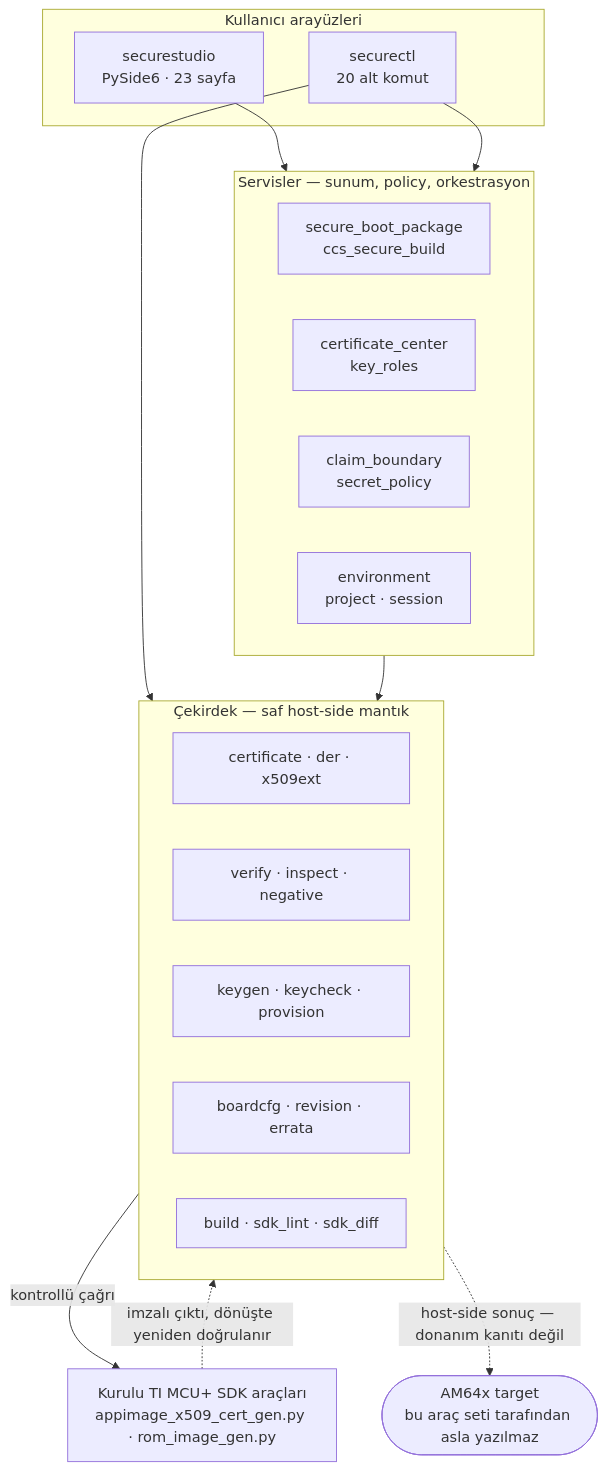
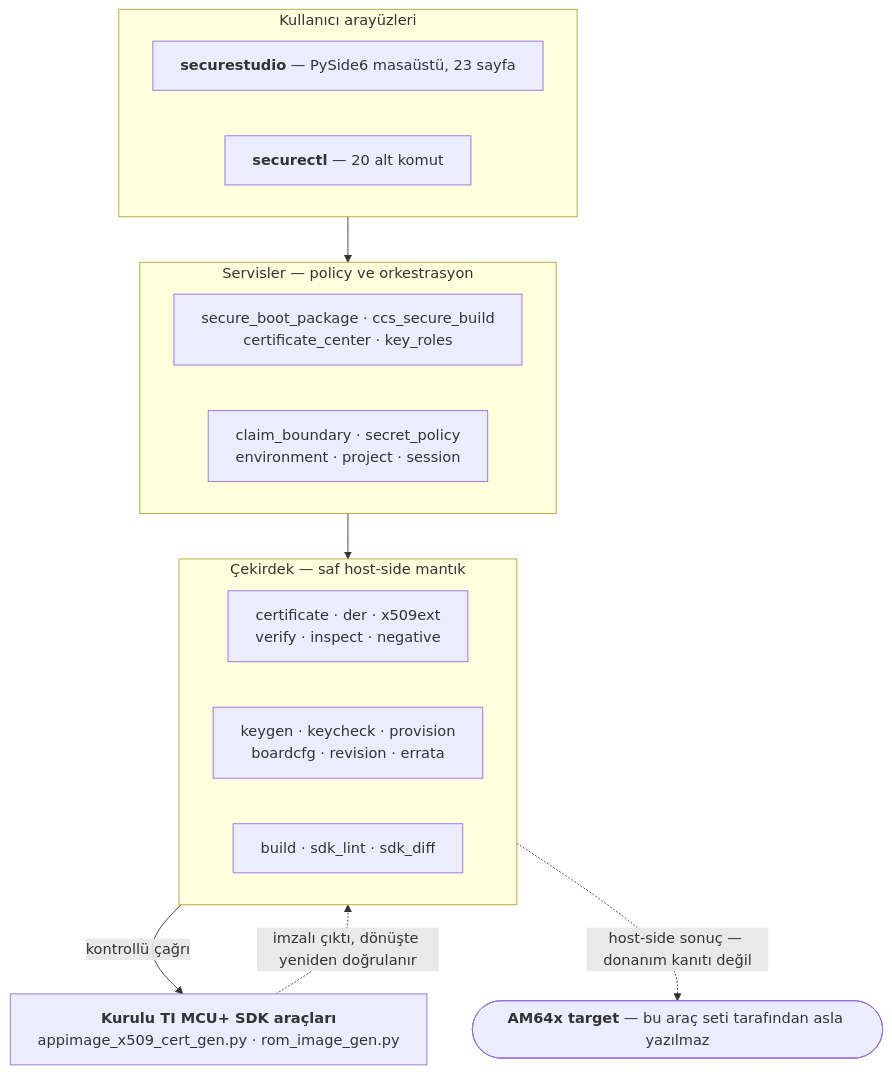
The diagram in README.tr.md (celilaslan/am64x-secure-boot-studio), drawn with Mermaid before and after one commit. The commit also changed other lines of this file and 3 other files, not shown here.

````diff
--- a/README.tr.md
+++ b/README.tr.md
@@ -209,33 +210,28 @@
 ```mermaid
+%%{init: {"flowchart": {"wrappingWidth": 420, "curve": "basis"}}}%%
 flowchart TD
     subgraph UI["Kullanıcı arayüzleri"]
-        GUI["securestudio<br/>PySide6 · 23 sayfa"]
-        CLI["securectl<br/>20 alt komut"]
+        GUI["<b>securestudio</b> — PySide6 masaüstü, 23 sayfa"]
+        CLI["<b>securectl</b> — 20 alt komut"]
     end
 
-    subgraph SVC["Servisler — sunum, policy, orkestrasyon"]
-        S1["secure_boot_package<br/>ccs_secure_build"]
-        S2["certificate_center<br/>key_roles"]
-        S3["claim_boundary<br/>secret_policy"]
-        S4["environment<br/>project · session"]
+    subgraph SVC["Servisler — policy ve orkestrasyon"]
+        S1["secure_boot_package · ccs_secure_build<br/>certificate_center · key_roles"]
+        S2["claim_boundary · secret_policy<br/>environment · project · session"]
     end
 
     subgraph CORE["Çekirdek — saf host-side mantık"]
-        C1["certificate · der · x509ext"]
-        C2["verify · inspect · negative"]
-        C3["keygen · keycheck · provision"]
-        C4["boardcfg · revision · errata"]
-        C5["build · sdk_lint · sdk_diff"]
+        C1["certificate · der · x509ext<br/>verify · inspect · negative"]
+        C2["keygen · keycheck · provision<br/>boardcfg · revision · errata"]
+        C3["build · sdk_lint · sdk_diff"]
     end
 
-    TI["Kurulu TI MCU+ SDK araçları<br/>appimage_x509_cert_gen.py · rom_image_gen.py"]
-    HW(["AM64x target<br/>bu araç seti tarafından asla yazılmaz"])
+    TI["<b>Kurulu TI MCU+ SDK araçları</b><br/>appimage_x509_cert_gen.py · rom_image_gen.py"]
+    HW(["<b>AM64x target</b> — bu araç seti tarafından asla yazılmaz"])
 
-    GUI --> SVC
-    CLI --> SVC
-    CLI --> CORE
+    UI --> SVC
     SVC --> CORE
     CORE -->|"kontrollü çağrı"| TI
     TI -.->|"imzalı çıktı, dönüşte yeniden doğrulanır"| CORE
     CORE -.->|"host-side sonuç — donanım kanıtı değil"| HW
 ```
````
